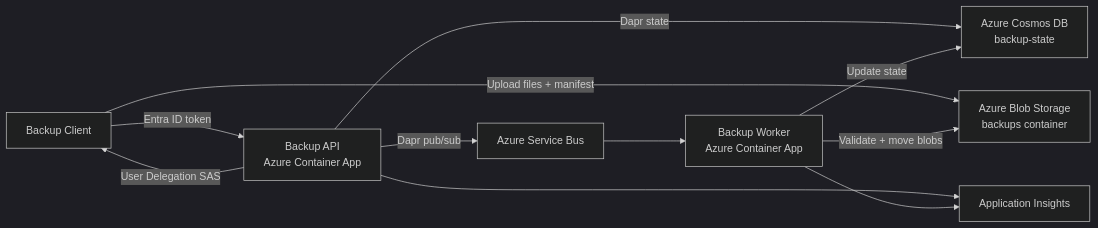
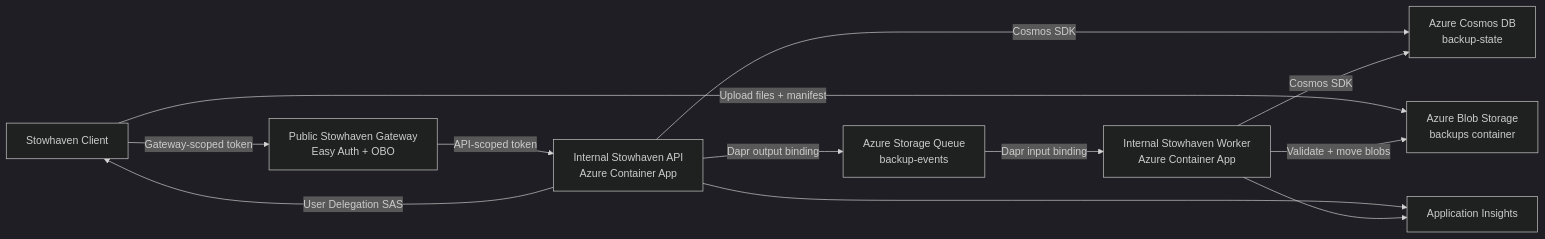
The diagram in README.md (FlorisDeVries/stowhaven), drawn with Mermaid (dark theme) before and after one commit. The commit also changed other lines of this file and 42 other files, not shown here.

````diff
--- a/README.md
+++ b/README.md
@@ -38,13 +41,14 @@
 ```mermaid
 flowchart LR
-    Client[Backup Client] -->|Entra ID token| API[Backup API\nAzure Container App]
+    Client[Stowhaven Client] -->|Gateway-scoped token| Gateway[Public Stowhaven Gateway\nEasy Auth + OBO]
+    Gateway -->|API-scoped token| API[Internal Stowhaven API\nAzure Container App]
     API -->|User Delegation SAS| Client
     Client -->|Upload files + manifest| Blob[Azure Blob Storage\nbackups container]
-    API -->|Dapr state| Cosmos[Azure Cosmos DB\nbackup-state]
-    API -->|Dapr pub/sub| Bus[Azure Service Bus]
-    Bus --> Worker[Backup Worker\nAzure Container App]
+    API -->|Cosmos SDK| Cosmos[Azure Cosmos DB\nbackup-state]
+    API -->|Dapr output binding| Queue[Azure Storage Queue\nbackup-events]
+    Queue -->|Dapr input binding| Worker[Internal Stowhaven Worker\nAzure Container App]
     Worker -->|Validate + move blobs| Blob
-    Worker -->|Update state| Cosmos
+    Worker -->|Cosmos SDK| Cosmos
     API --> AppInsights[Application Insights]
     Worker --> AppInsights
 ```
````
